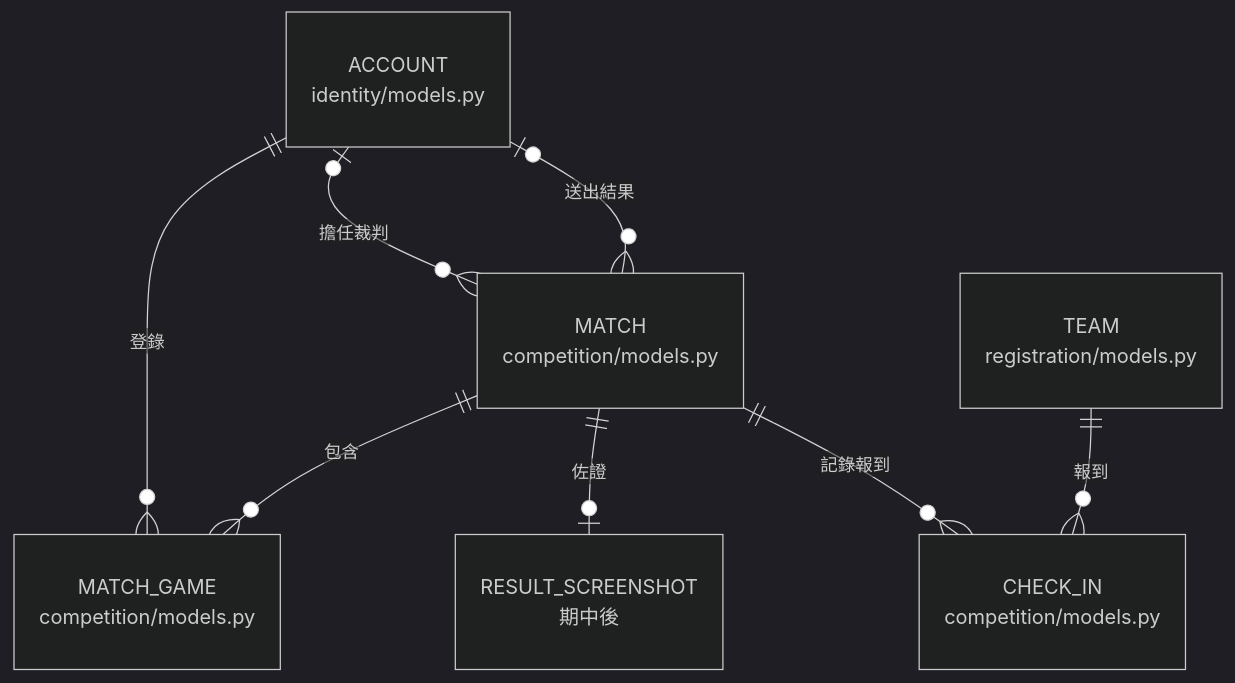
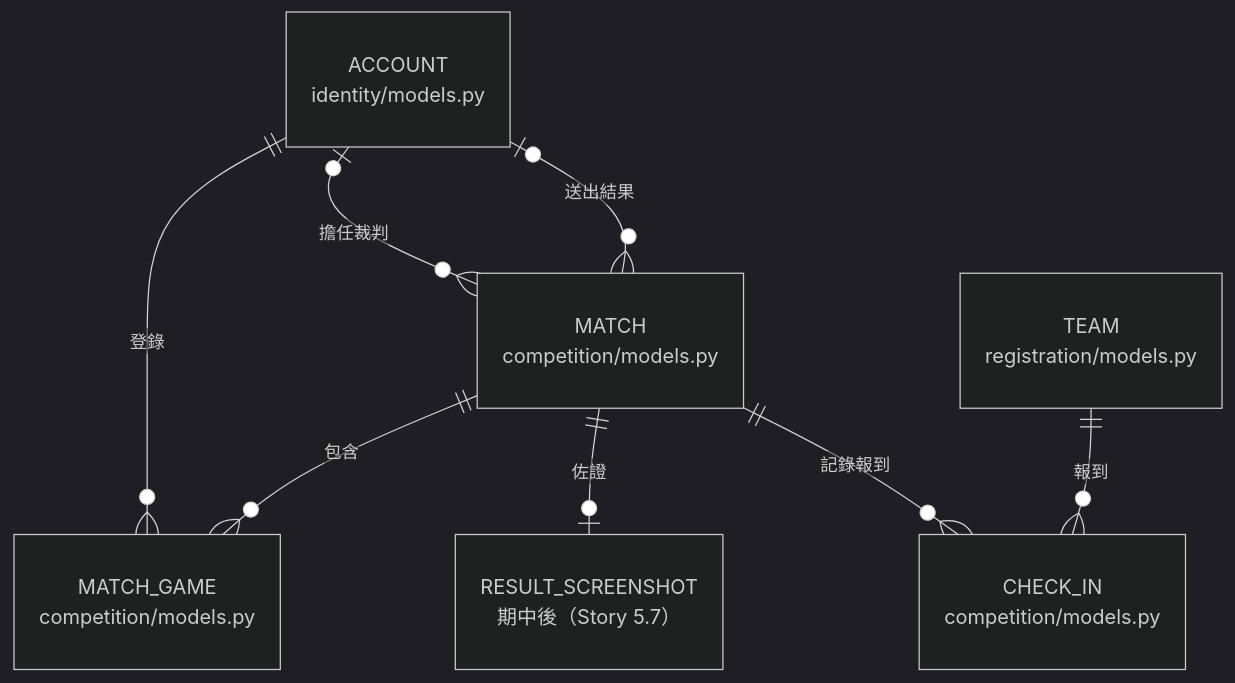
One commit to Team14good/esport-platform changed the ninth of 19 diagrams in docs/midterm/B-軟體需求分析文件.md. Above: the diagram before and after it, drawn with Mermaid (dark theme). The commit also changed other lines of this file and 23 other files, not shown here.

First line of the commit message:
docs: 依 PR #92 審查修正 B、C、D 的圖與程式標註

````diff
--- a/docs/midterm/B-軟體需求分析文件.md
+++ b/docs/midterm/B-軟體需求分析文件.md
@@ -787,16 +788,16 @@
 ```mermaid
 erDiagram
   ACCOUNT["ACCOUNT<br/>identity/models.py"]
   MATCH["MATCH<br/>competition/models.py"]
   MATCH_GAME["MATCH_GAME<br/>competition/models.py"]
-  RESULT_SCREENSHOT["RESULT_SCREENSHOT<br/>期中後"]
+  RESULT_SCREENSHOT["RESULT_SCREENSHOT<br/>期中後（Story 5.7）"]
   CHECK_IN["CHECK_IN<br/>competition/models.py"]
   TEAM["TEAM<br/>registration/models.py"]
   ACCOUNT |o--o{ MATCH : "擔任裁判"
   ACCOUNT |o--o{ MATCH : "送出結果"
   ACCOUNT ||--o{ MATCH_GAME : "登錄"
   MATCH ||--o{ MATCH_GAME : "包含"
   MATCH ||--o| RESULT_SCREENSHOT : "佐證"
   MATCH ||--o{ CHECK_IN : "記錄報到"
   TEAM ||--o{ CHECK_IN : "報到"
 ```
````
